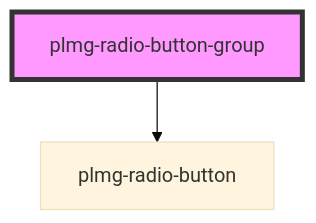
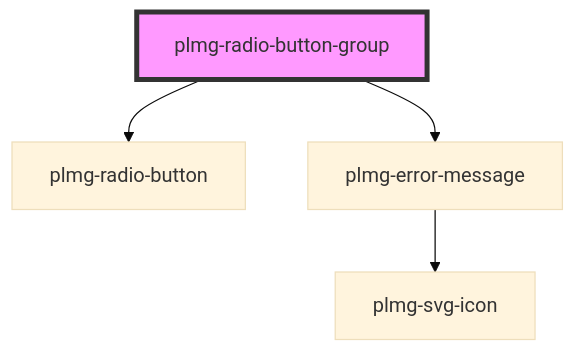
One commit to DuckyTeam/Plumage changed the diagram in packages/component-library/src/components/plmg-radio-button-group/readme.md. Above: the diagram before and after it, drawn with Mermaid (base theme). The commit also changed other lines of this file and 3 other files, not shown here.

````diff
--- a/packages/component-library/src/components/plmg-radio-button-group/readme.md
+++ b/packages/component-library/src/components/plmg-radio-button-group/readme.md
@@ -25,5 +28,7 @@
 ```mermaid
 graph TD;
   plmg-radio-button-group --> plmg-radio-button
+  plmg-radio-button-group --> plmg-error-message
+  plmg-error-message --> plmg-svg-icon
   style plmg-radio-button-group fill:#f9f,stroke:#333,stroke-width:4px
 ```
````
